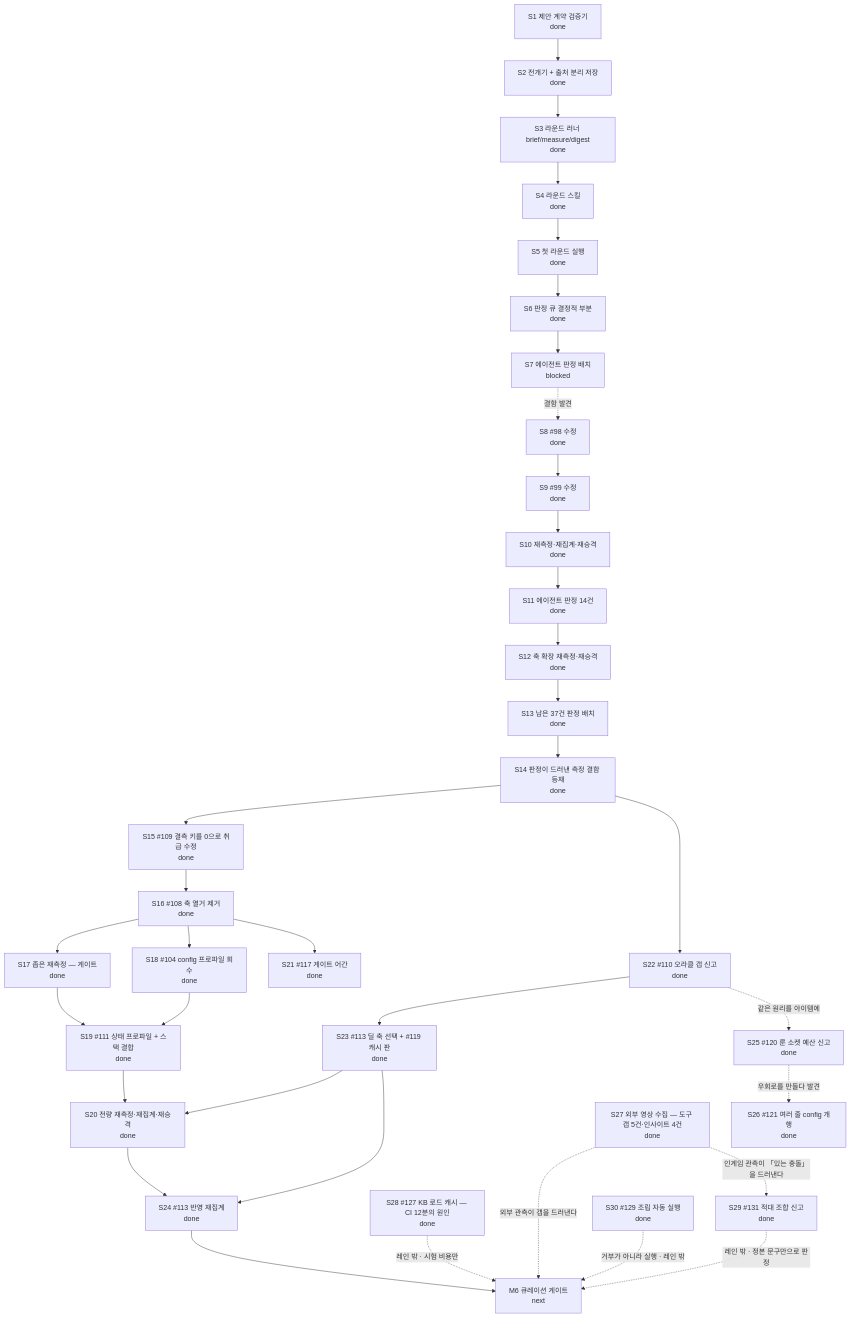
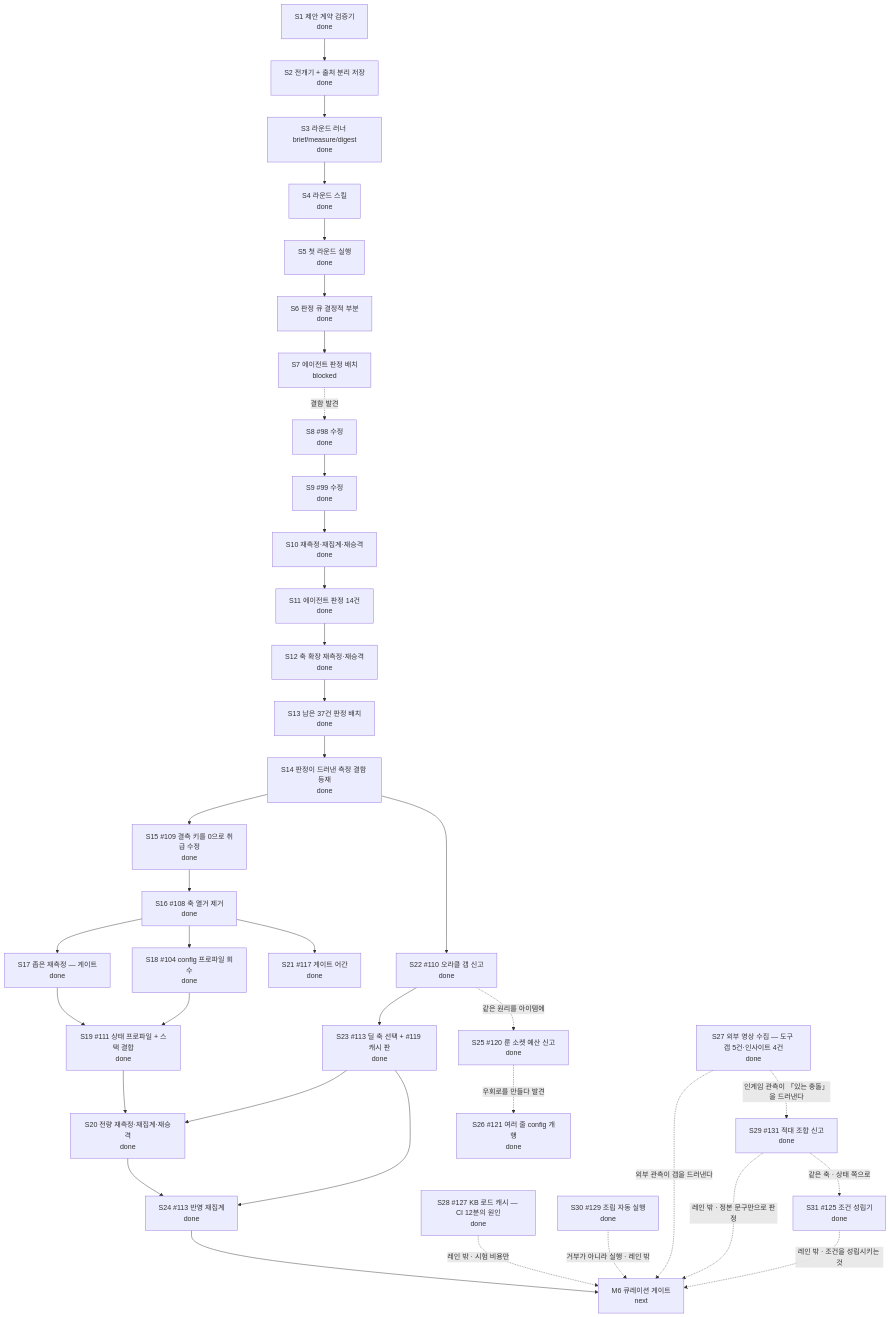
Before and after one commit to skerfolg/poe2-ai-wiki: the diagram in docs/CURRENT-PLAN.md, drawn with Mermaid. The commit also changed other lines of this file and 6 other files, not shown here.

````diff
--- a/docs/CURRENT-PLAN.md
+++ b/docs/CURRENT-PLAN.md
@@ -23,51 +23,54 @@
 ```mermaid
 flowchart TD
   CONTRACT[S1 제안 계약 검증기<br/>done]
   FLOW[S2 전개기 + 출처 분리 저장<br/>done]
   ROUND[S3 라운드 러너 brief/measure/digest<br/>done]
   SKILL[S4 라운드 스킬<br/>done]
   FIRST[S5 첫 라운드 실행<br/>done]
   NECESS[S6 판정 큐 결정적 부분<br/>done]
   JUDGE[S7 에이전트 판정 배치<br/>blocked]
   FIX[S8 #98 수정<br/>done]
   REMEAS[S9 #99 수정<br/>done]
   REAGG[S10 재측정·재집계·재승격<br/>done]
   RESUME[S11 에이전트 판정 14건<br/>done]
   AXES[S12 축 확장 재측정·재승격<br/>done]
   NEXT2[S13 남은 37건 판정 배치<br/>done]
   DEF[S14 판정이 드러낸 측정 결함 등재<br/>done]
   FIXDELTA[S15 #109 결측 키를 0으로 취급 수정<br/>done]
   WIDEN[S16 #108 축 열거 제거<br/>done]
   NARROW[S17 좁은 재측정 — 게이트<br/>done]
   CFG[S18 #104 config 프로파일 회수<br/>done]
   CPL[S19 #111 상태 프로파일 + 스택 결합<br/>done]
   FULL[S20 전량 재측정·재집계·재승격<br/>done]
   STEM[S21 #117 게이트 어간<br/>done]
   ORACLE[S22 #110 오라클 갭 신고<br/>done]
   AXIS[S23 #113 딜 축 선택 + #119 캐시 판<br/>done]
   REAGG2[S24 #113 반영 재집계<br/>done]
   SOCKET[S25 #120 룬 소켓 예산 신고<br/>done]
   ATTR[S26 #121 여러 줄 config 개행<br/>done]
   EXT[S27 외부 영상 수집 — 도구 갭 5건·인사이트 4건<br/>done]
   CI[S28 #127 KB 로드 캐시 — CI 12분의 원인<br/>done]
   ANTAG[S29 #131 적대 조합 신고<br/>done]
   FILL[S30 #129 조립 자동 실행<br/>done]
+  ENAB[S31 #125 조건 성립기<br/>done]
   M6[M6 큐레이션 게이트<br/>next]
   CONTRACT --> FLOW --> ROUND --> SKILL --> FIRST --> NECESS --> JUDGE
   JUDGE -. 결함 발견 .-> FIX --> REMEAS --> REAGG --> RESUME --> AXES --> NEXT2
   NEXT2 --> DEF --> FIXDELTA --> WIDEN --> NARROW --> CPL --> FULL
   WIDEN --> CFG --> CPL
   WIDEN --> STEM
   DEF --> ORACLE
   ORACLE --> AXIS --> FULL
   FULL --> REAGG2
   AXIS --> REAGG2
   REAGG2 --> M6
   ORACLE -. 같은 원리를 아이템에 .-> SOCKET
   SOCKET -. 우회로를 만들다 발견 .-> ATTR
   EXT -. 외부 관측이 갭을 드러낸다 .-> M6
   CI -. 레인 밖 · 시험 비용만 .-> M6
   EXT -. 인게임 관측이 「있는 충돌」을 드러낸다 .-> ANTAG
   ANTAG -. 레인 밖 · 정본 문구만으로 판정 .-> M6
   FILL -. 거부가 아니라 실행 · 레인 밖 .-> M6
+  ANTAG -. 같은 축 · 상태 쪽으로 .-> ENAB
+  ENAB -. 레인 밖 · 조건을 성립시키는 것 .-> M6
 ```
````
